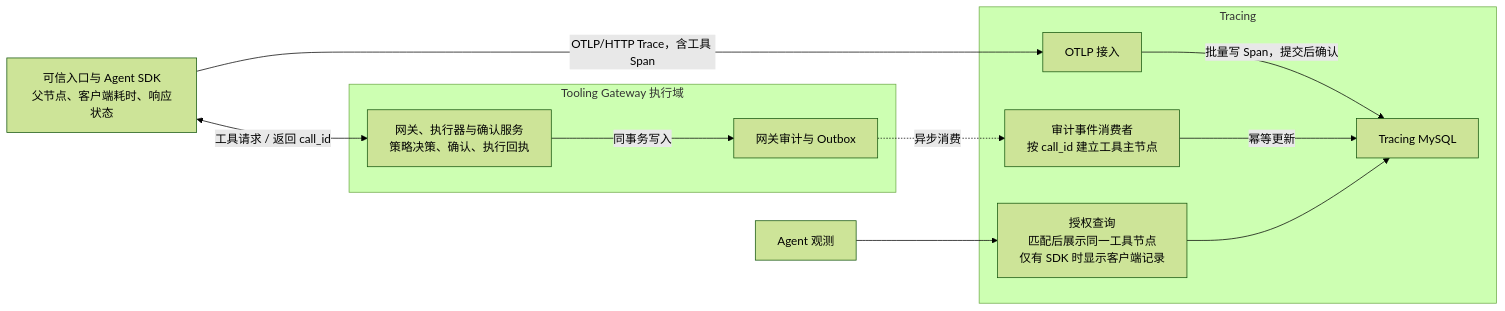
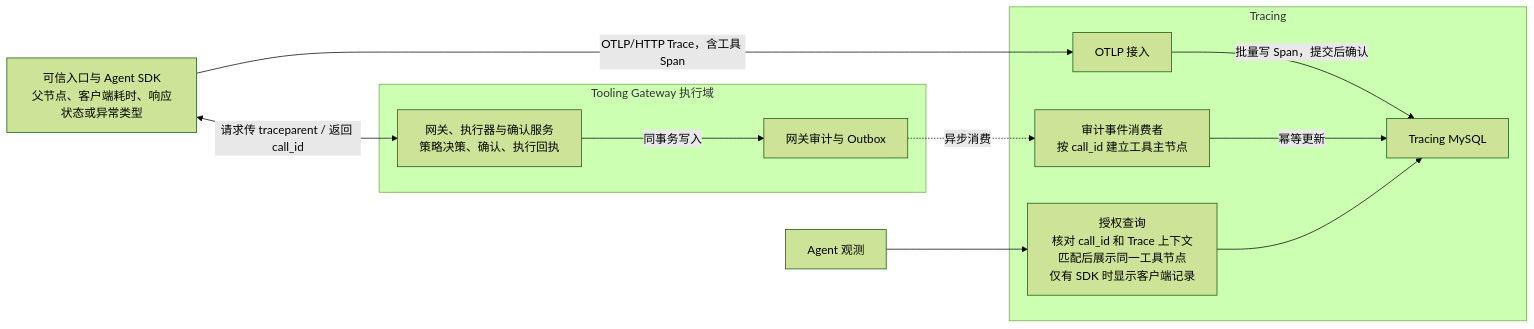
Before and after one commit to zhaochy1990/dubhe: the diagram in docs/architecture/tracing-architecture.md, drawn with Mermaid (forest theme). The commit also changed 1 other file, not shown here.

Commit message:
Label both tool correlation inputs in diagrams

````diff
--- a/docs/architecture/tracing-architecture.md
+++ b/docs/architecture/tracing-architecture.md
@@ -35,15 +35,15 @@
 ```mermaid
 flowchart LR
-  Agent["可信入口与 Agent SDK<br/>父节点、客户端耗时、响应状态"] -->|OTLP/HTTP Trace，含工具 Span| Ingest
-  Agent <-->|工具请求 / 返回 call_id| Gateway
+  Agent["可信入口与 Agent SDK<br/>父节点、客户端耗时、响应状态或异常类型"] -->|OTLP/HTTP Trace，含工具 Span| Ingest
+  Agent <-->|请求传 traceparent / 返回 call_id| Gateway
   subgraph Tooling["Tooling Gateway 执行域"]
     Gateway["网关、执行器与确认服务<br/>策略决策、确认、执行回执"] -->|同事务写入| Audit["网关审计与 Outbox"]
   end
   subgraph Tracing["Tracing"]
     Ingest["OTLP 接入"] -->|批量写 Span，提交后确认| Store["Tracing MySQL"]
     Consumer["审计事件消费者<br/>按 call_id 建立工具主节点"] -->|幂等更新| Store
-    Query["授权查询<br/>匹配后展示同一工具节点<br/>仅有 SDK 时显示客户端记录"] --> Store
+    Query["授权查询<br/>核对 call_id 和 Trace 上下文<br/>匹配后展示同一工具节点<br/>仅有 SDK 时显示客户端记录"] --> Store
   end
   Audit -.->|异步消费| Consumer
   Console["Agent 观测"] --> Query
 ```
````
